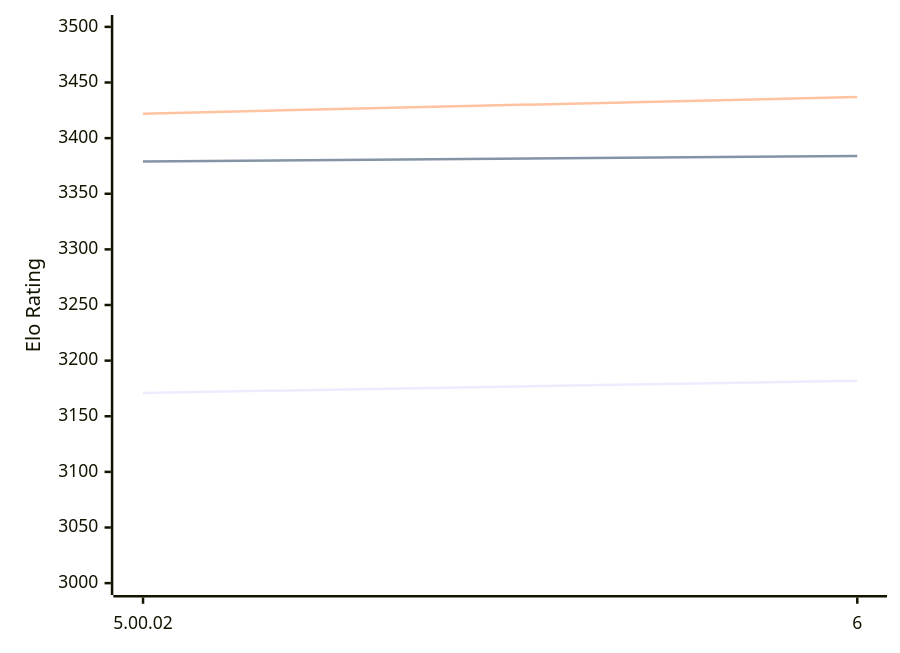
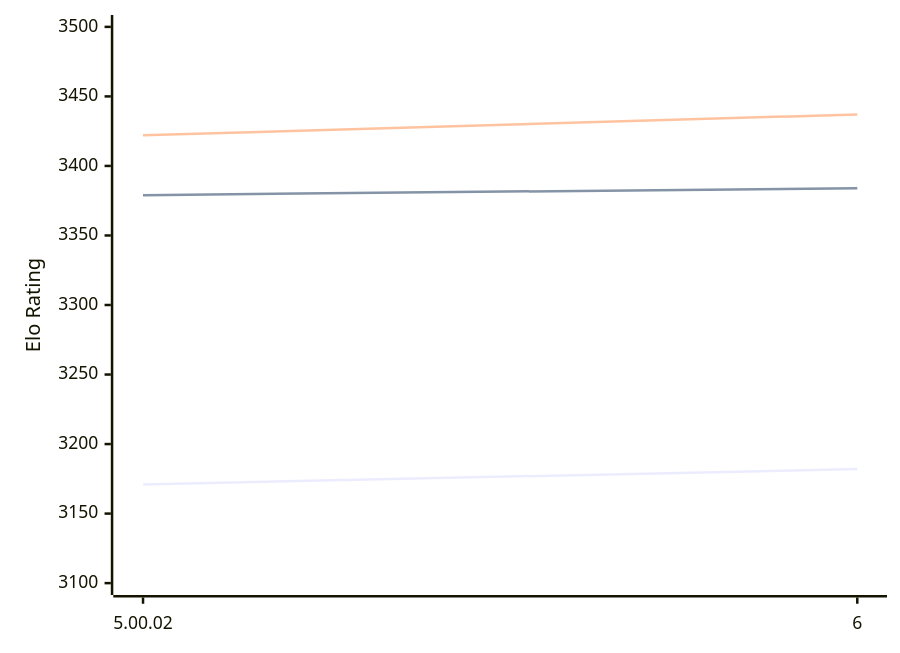
Before and after one commit to computer-chess-index/cci: the diagram in engines/Zangdar.md, drawn with Mermaid. The commit also changed other lines of this file, not shown here.

Commit message:
Update CCI Ratings (ELO VLTC) - 2026-02-10

````diff
--- a/engines/Zangdar.md
+++ b/engines/Zangdar.md
@@ -42,9 +42,9 @@
 ```mermaid
 %%{init: {"theme":"base","themeVariables":{"seriesColors:['#a3a3a3','#222221','#faa371']}}}%%
 xychart-beta
   x-axis ["5.00.02", "6"]
-  y-axis "Elo Rating" 3000 --> 3500
+  y-axis "Elo Rating" 3100 --> 3500
   line "STC (8.0+0.08s)" [3171, 3182]
   line "LTC (60.0+0.60s)" [3379, 3384]
   line "VLTC (2m24s+1.12s)" [3422, 3437]
 ```
````
